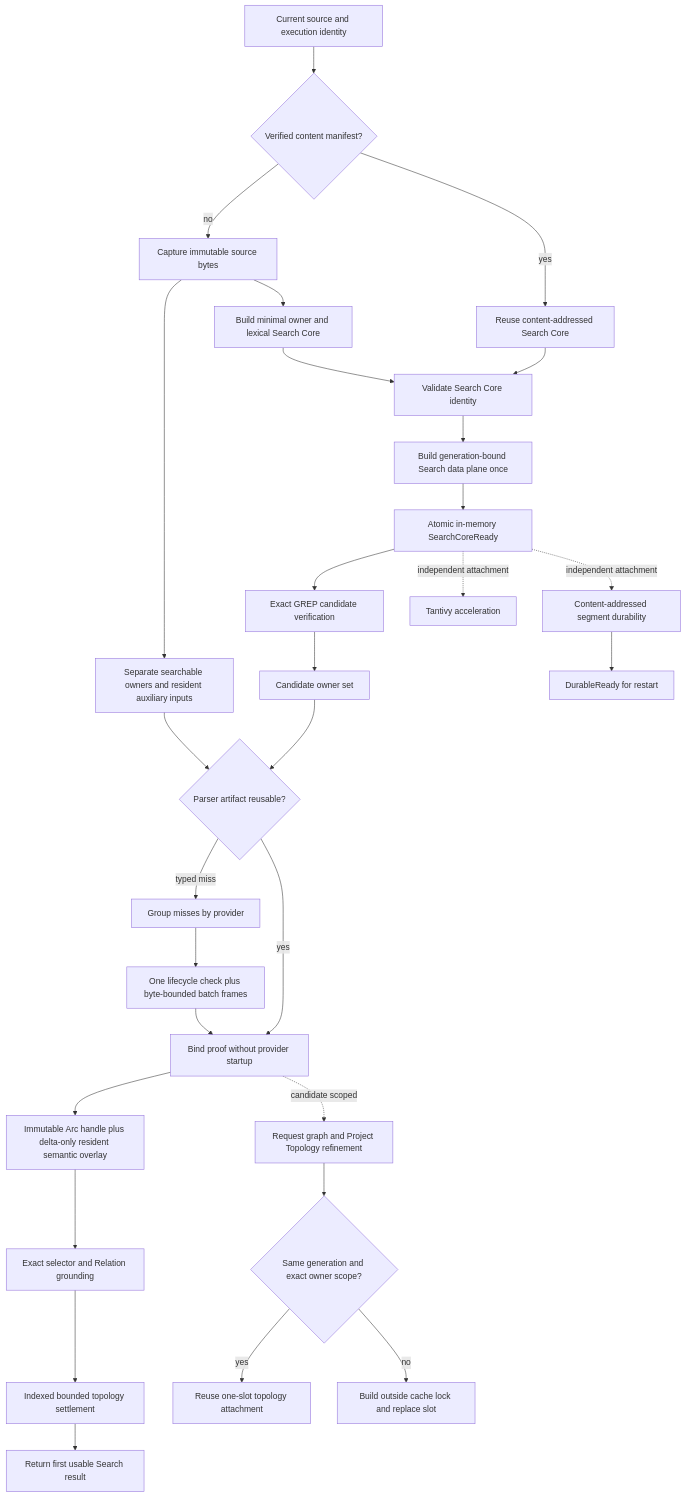
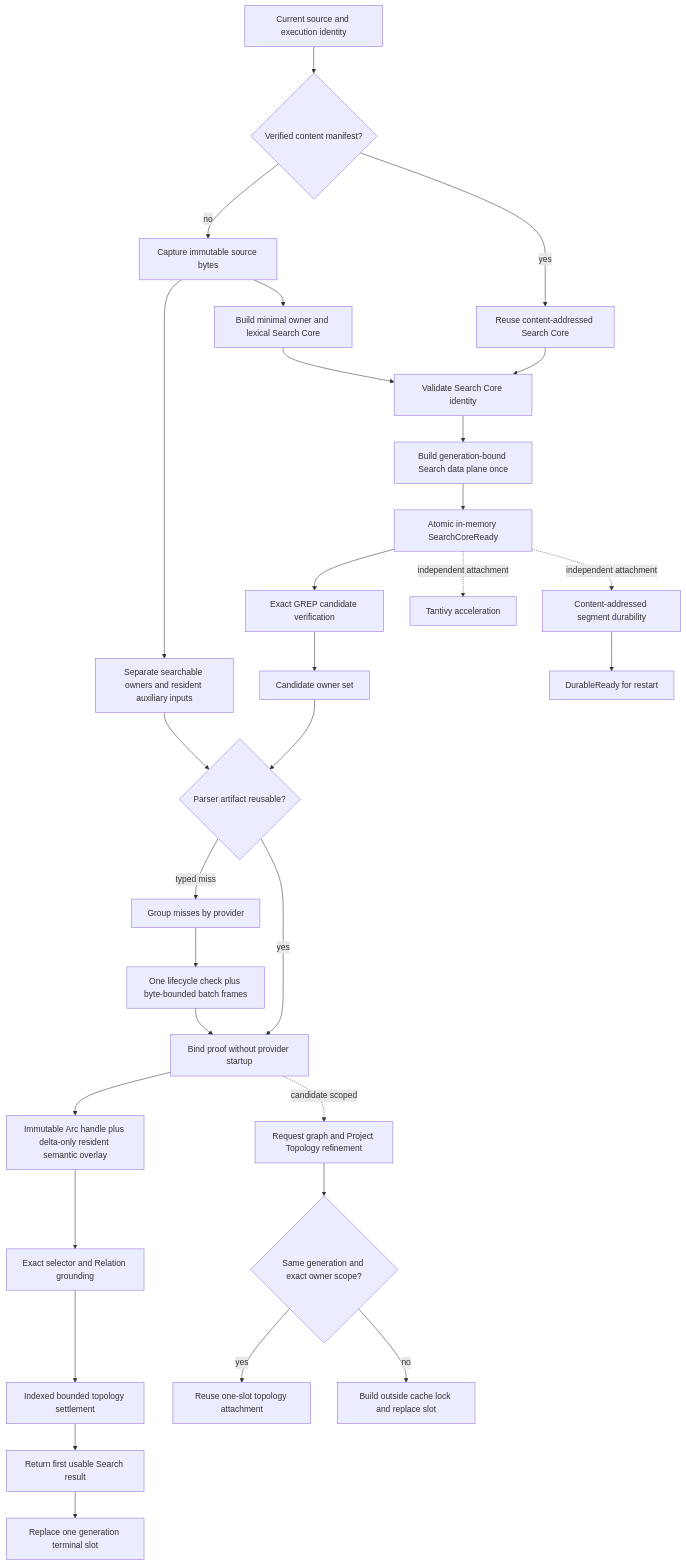
The diagram in docs/10-19-rfcs/10.20-tgrep-performance-architecture-research.org (tao3k/agent-semantic-protocols), drawn with Mermaid before and after one commit. The commit also changed other lines of this file and 6 other files, not shown here.

```diff
--- a/docs/10-19-rfcs/10.20-tgrep-performance-architecture-research.org
+++ b/docs/10-19-rfcs/10.20-tgrep-performance-architecture-research.org
@@ -704,31 +704,32 @@
 #+begin_src mermaid :exports code
 flowchart TD
   A[Current source and execution identity] --> B{Verified content manifest?}
   B -->|yes| C[Reuse content-addressed Search Core]
   B -->|no| D[Capture immutable source bytes]
   D --> U[Separate searchable owners and resident auxiliary inputs]
   D --> E[Build minimal owner and lexical Search Core]
   C --> F[Validate Search Core identity]
   E --> F
   F --> X[Build generation-bound Search data plane once]
   X --> G[Atomic in-memory SearchCoreReady]
   G --> H[Exact GREP candidate verification]
   H --> I[Candidate owner set]
   I --> J{Parser artifact reusable?}
   U --> J
   J -->|yes| K[Bind proof without provider startup]
   J -->|typed miss| L[Group misses by provider]
   L --> T[One lifecycle check plus byte-bounded batch frames]
   T --> K
   K --> S[Immutable Arc handle plus delta-only resident semantic overlay]
   S --> M[Exact selector and Relation grounding]
   M --> Z[Indexed bounded topology settlement]
   Z --> N[Return first usable Search result]
+  N --> AA[Replace one generation terminal slot]
   G -. independent attachment .-> O[Content-addressed segment durability]
   G -. independent attachment .-> P[Tantivy acceleration]
   K -. candidate scoped .-> Q[Request graph and Project Topology refinement]
   Q --> V{Same generation and exact owner scope?}
   V -->|yes| W[Reuse one-slot topology attachment]
   V -->|no| Y[Build outside cache lock and replace slot]
   O --> R[DurableReady for restart]
 #+end_src
```
